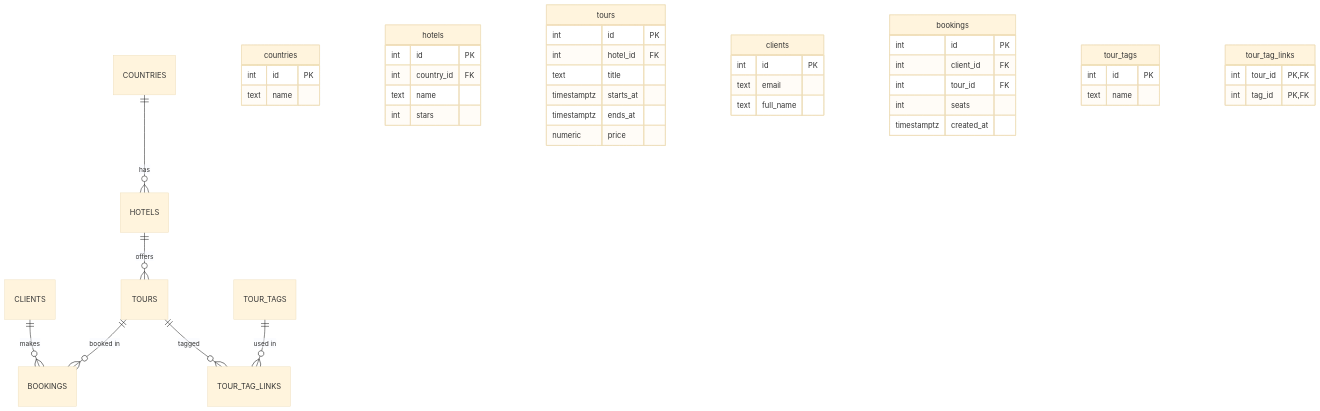
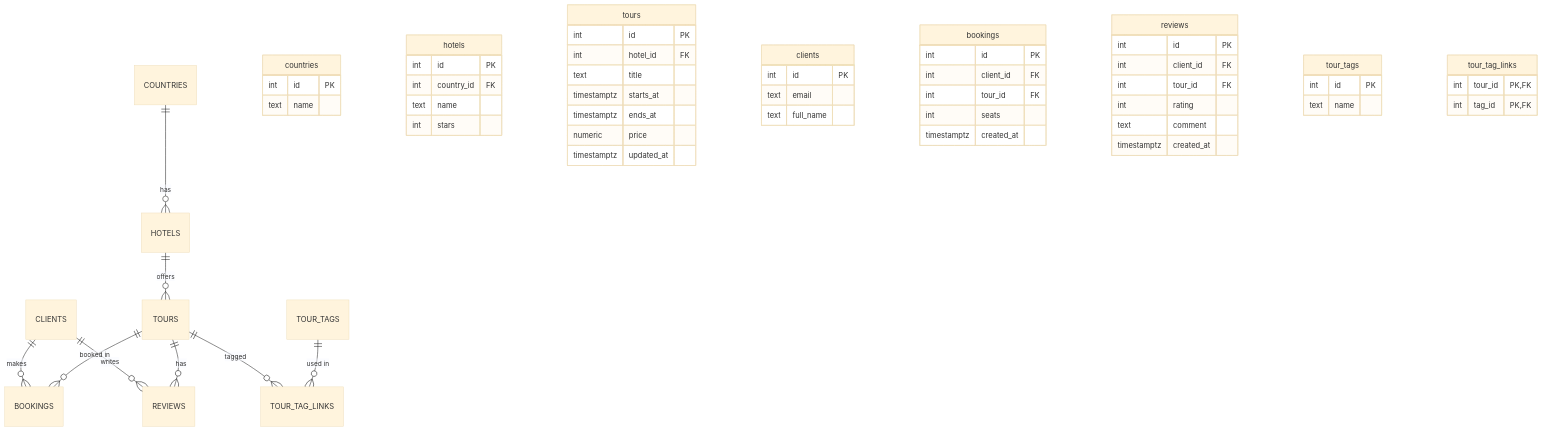
The diagram in README.md (abitulena/db_zhigalova_TravelAgency), drawn with Mermaid (base theme) before and after one commit.

````diff
--- a/README.md
+++ b/README.md
@@ -40,48 +40,59 @@
 ```mermaid
 erDiagram
     COUNTRIES ||--o{ HOTELS         : "has"
     HOTELS    ||--o{ TOURS          : "offers"
     CLIENTS   ||--o{ BOOKINGS       : "makes"
+    CLIENTS   ||--o{ REVIEWS        : "writes"
     TOURS     ||--o{ BOOKINGS       : "booked in"
+    TOURS     ||--o{ REVIEWS        : "has"
     TOURS     ||--o{ TOUR_TAG_LINKS : "tagged"
     TOUR_TAGS ||--o{ TOUR_TAG_LINKS : "used in"
 
     countries {
         int id PK
         text name
     }
     hotels {
         int id PK
         int country_id FK
         text name
         int stars
     }
     tours {
         int id PK
         int hotel_id FK
         text title
         timestamptz starts_at
         timestamptz ends_at
         numeric price
+        timestamptz updated_at
     }
     clients {
         int id PK
         text email
         text full_name
     }
     bookings {
         int id PK
         int client_id FK
         int tour_id FK
         int seats
         timestamptz created_at
     }
+    reviews {
+        int id PK
+        int client_id FK
+        int tour_id FK
+        int rating
+        text comment
+        timestamptz created_at
+    }
     tour_tags {
         int id PK
         text name
     }
     tour_tag_links {
         int tour_id PK, FK
         int tag_id PK, FK
     }
 ```
````
